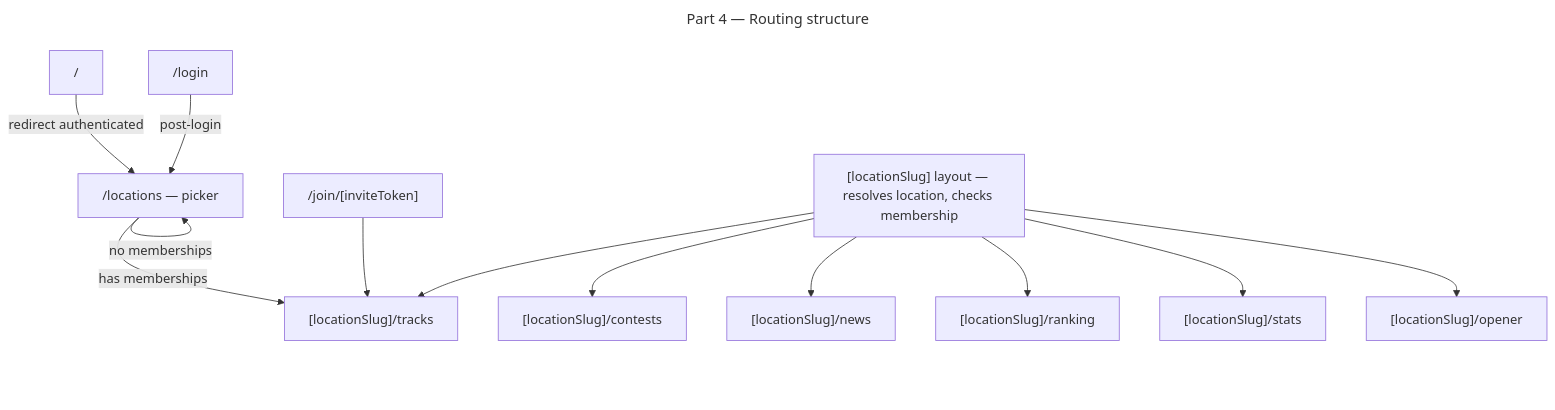
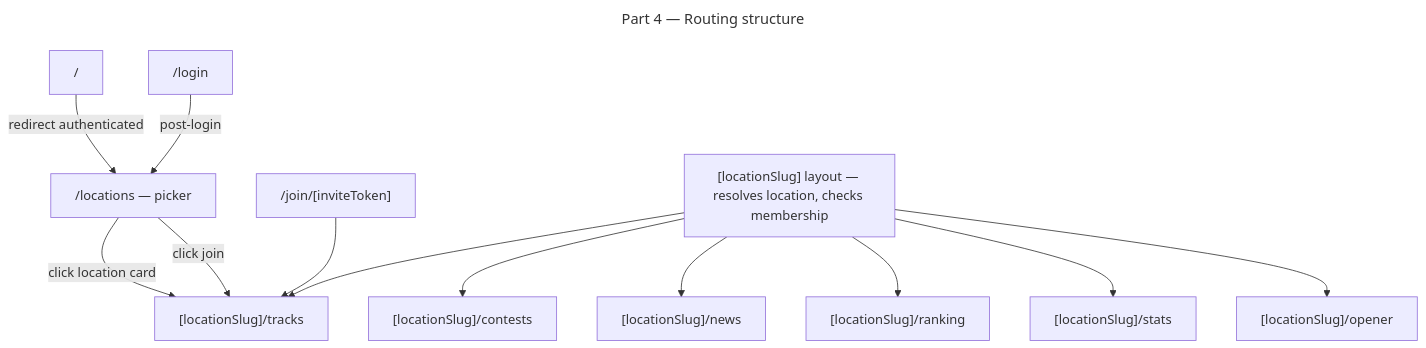
One commit to jfaussion/Social-paroi changed the diagram in aidd_docs/tasks/2026_04/2026_04_12-multi-location-part-4.md. Above: the diagram before and after it, drawn with Mermaid. The commit also changed other lines of this file and 6 other files, not shown here.

First line of the commit message:
feat(locations): implement join location functionality and redirect logic

````diff
--- a/aidd_docs/tasks/2026_04/2026_04_12-multi-location-part-4.md
+++ b/aidd_docs/tasks/2026_04/2026_04_12-multi-location-part-4.md
@@ -54,29 +54,29 @@
 ```mermaid
 ---
 title: Part 4 — Routing structure
 ---
 flowchart TD
   Root["/"]
   Login["/login"]
   Locations["/locations — picker"]
   Join["/join/[inviteToken]"]
   LocationLayout["[locationSlug] layout — resolves location, checks membership"]
   Tracks["[locationSlug]/tracks"]
   Contests["[locationSlug]/contests"]
   News["[locationSlug]/news"]
   Ranking["[locationSlug]/ranking"]
   Stats["[locationSlug]/stats"]
   Opener["[locationSlug]/opener"]
 
   Root -- redirect authenticated --> Locations
   Login -- post-login --> Locations
-  Locations -- has memberships --> Tracks
-  Locations -- no memberships --> Locations
+  Locations -- click location card --> Tracks
+  Locations -- click join --> Tracks
   Join --> Tracks
   LocationLayout --> Tracks
   LocationLayout --> Contests
   LocationLayout --> News
   LocationLayout --> Ranking
   LocationLayout --> Stats
   LocationLayout --> Opener
 ```
````
